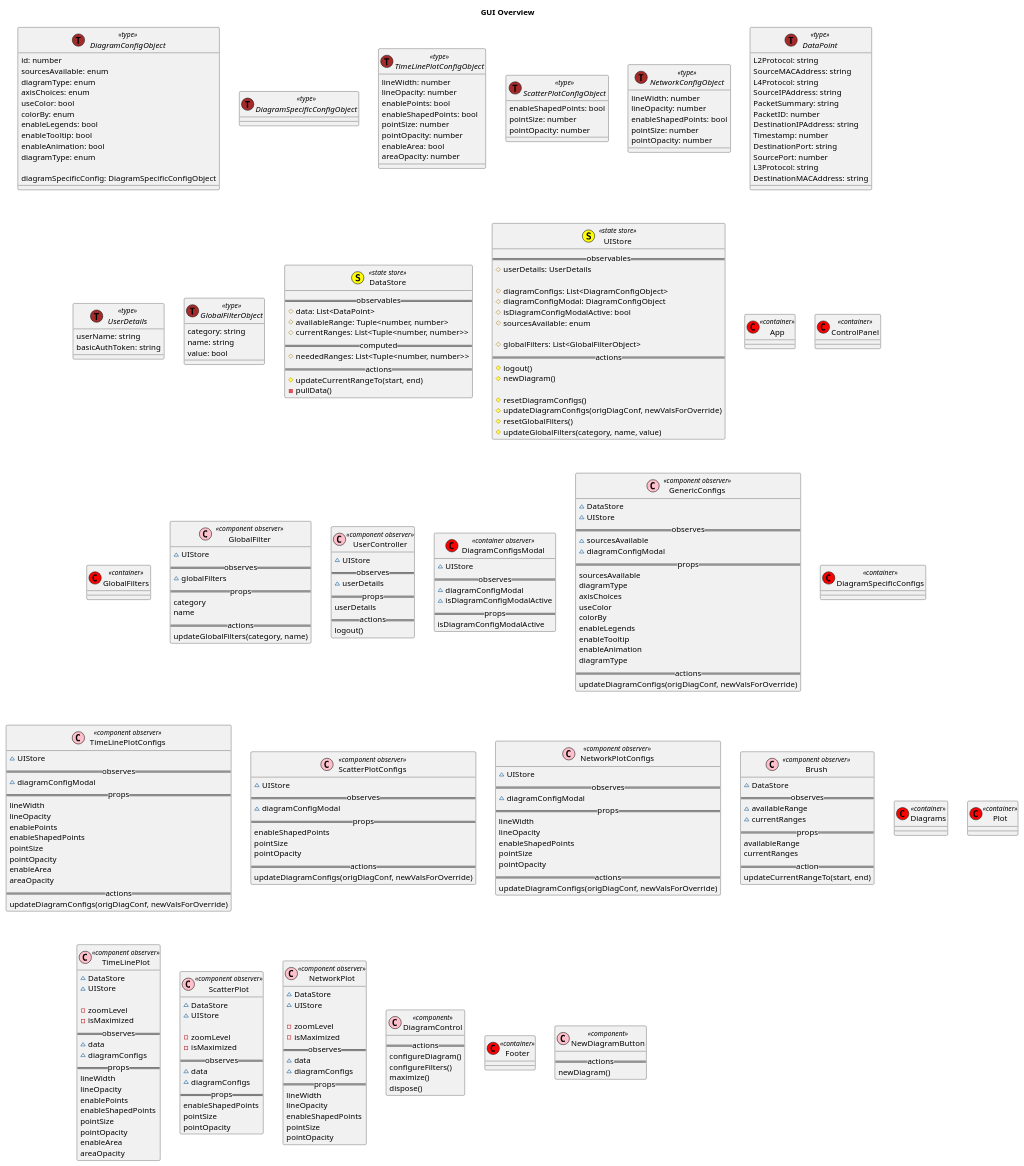
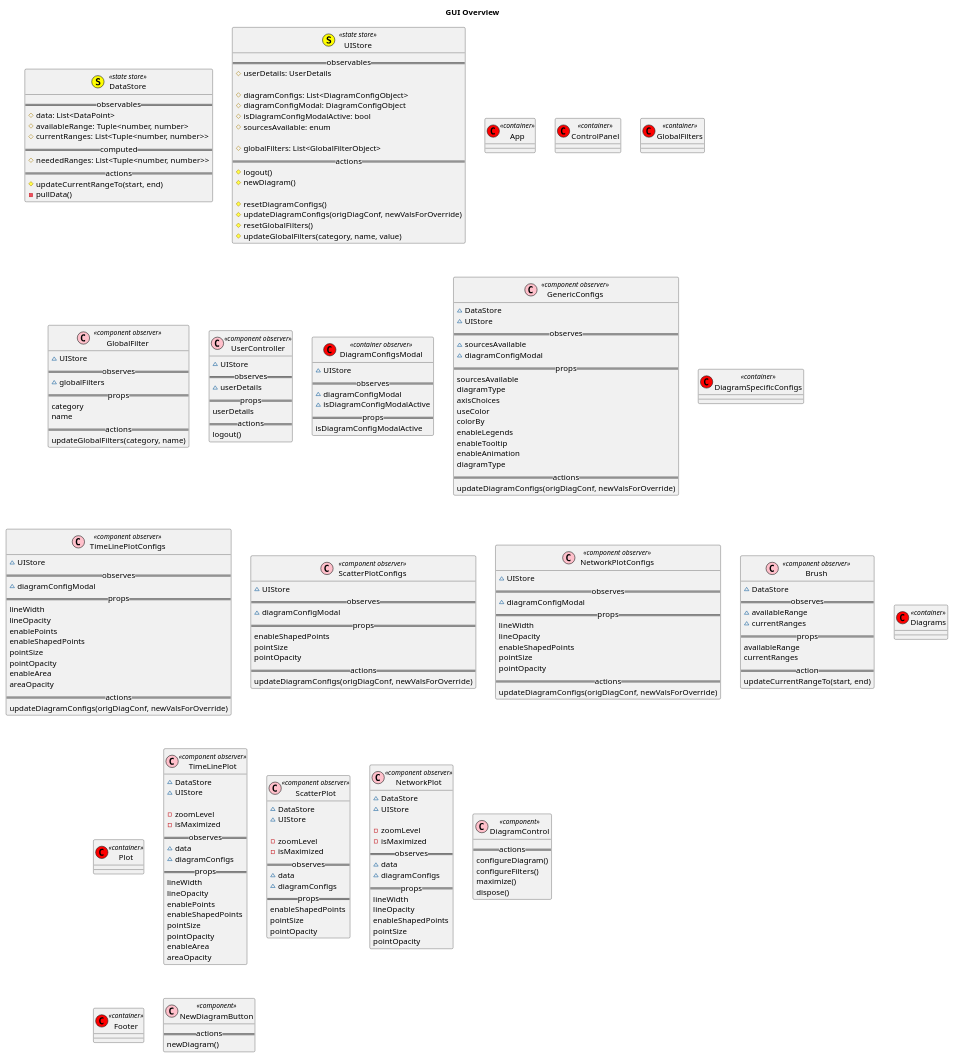
Before and after one commit to hexrcs/frontend-demo: the diagram in docs/diagrams/src/overview.wsd, drawn with PlantUML. The commit also changed 1 other file, not shown here.

Commit message:
Extract type defs to own diagram

```diff
--- a/docs/diagrams/src/overview.wsd
+++ b/docs/diagrams/src/overview.wsd
@@ -1,74 +1,5 @@
 @startuml
 title GUI Overview
-
-interface DiagramConfigObject << (T,brown) type >> {
-  id: number
-  sourcesAvailable: enum
-  diagramType: enum
-  axisChoices: enum
-  useColor: bool
-  colorBy: enum
-  enableLegends: bool
-  enableTooltip: bool
-  enableAnimation: bool
-  diagramType: enum
-
-  diagramSpecificConfig: DiagramSpecificConfigObject
-}
-
-interface DiagramSpecificConfigObject << (T,brown) type >> {
-}
-
-interface TimeLinePlotConfigObject << (T,brown) type >> {
-  lineWidth: number
-  lineOpacity: number
-  enablePoints: bool
-  enableShapedPoints: bool
-  pointSize: number
-  pointOpacity: number
-  enableArea: bool
-  areaOpacity: number
-}
-
-interface ScatterPlotConfigObject << (T,brown) type >> {
-  enableShapedPoints: bool
-  pointSize: number
-  pointOpacity: number
-}
-
-interface NetworkConfigObject << (T,brown) type >> {
-  lineWidth: number
-  lineOpacity: number
-  enableShapedPoints: bool
-  pointSize: number
-  pointOpacity: number
-}
-
-interface DataPoint << (T,brown) type >> {
-  L2Protocol: string
-  SourceMACAddress: string
-  L4Protocol: string
-  SourceIPAddress: string
-  PacketSummary: string
-  PacketID: number
-  DestinationIPAddress: string
-  Timestamp: number
-  DestinationPort: string
-  SourcePort: number
-  L3Protocol: string
-  DestinationMACAddress: string
-}
-
-interface UserDetails << (T,brown) type >> {
-  userName: string
-  basicAuthToken: string
-}
-
-interface GlobalFilterObject << (T,brown) type >> {
-  category: string
-  name: string
-  value: bool
-}
 
 class DataStore << (S,Yellow) state store >> {
   ==observables==
```
